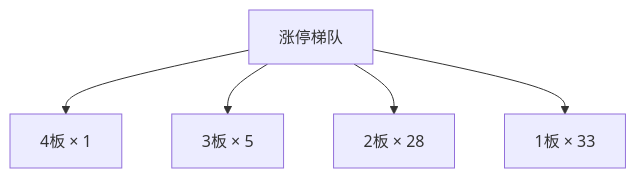
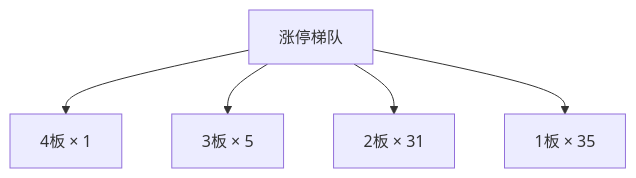
One commit to chenyang1999/chzl-kg changed the second of 26 diagrams in content/投研交易/盘中分析/20261124.md. Above: the diagram before and after it, drawn with Mermaid. The commit also changed other lines of this file and 1 other file, not shown here.

````diff
--- a/content/投研交易/盘中分析/20261124.md
+++ b/content/投研交易/盘中分析/20261124.md
@@ -73,12 +73,12 @@
 ```mermaid
 flowchart TD
     B_0["4板 × 1"]
     B_1["3板 × 5"]
-    B_2["2板 × 28"]
-    B_3["1板 × 33"]
+    B_2["2板 × 31"]
+    B_3["1板 × 35"]
     ROOT["涨停梯队"]
     ROOT --> B_0
     ROOT --> B_1
     ROOT --> B_2
     ROOT --> B_3
 ```
````
